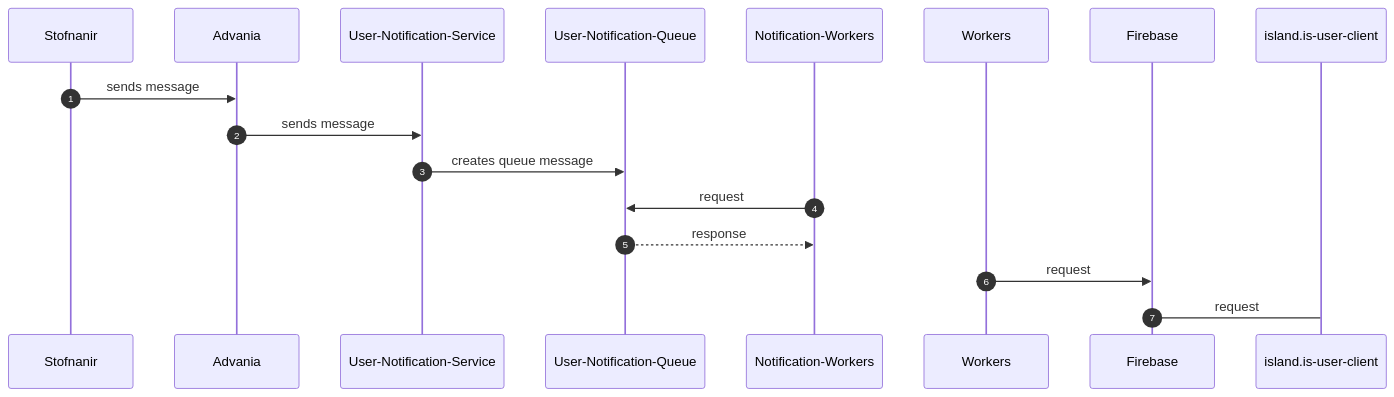
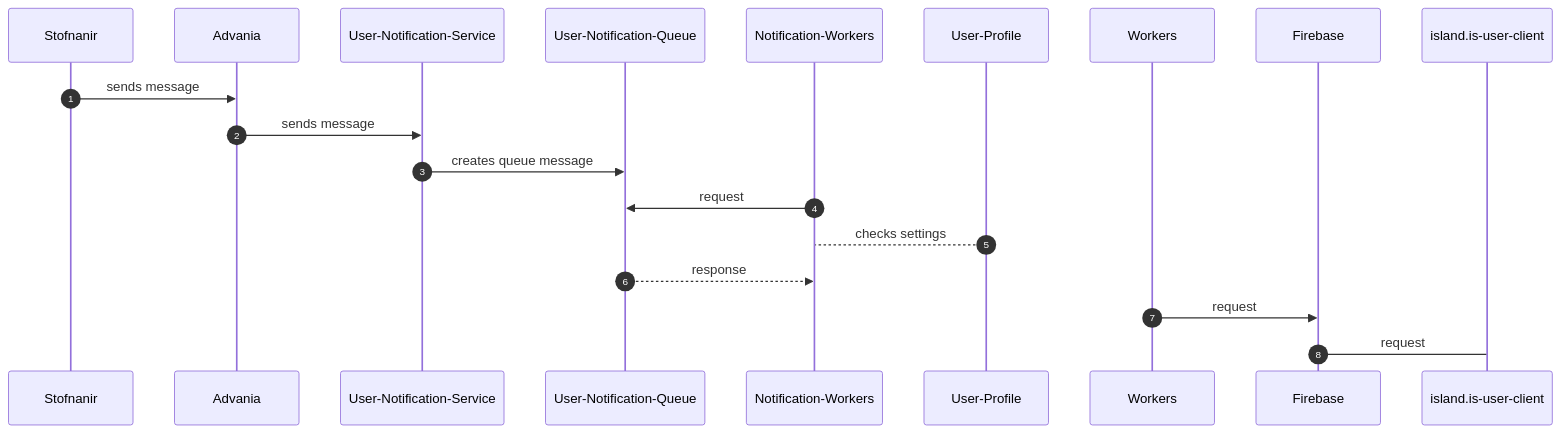
One commit to rafnarnason/bookish-fiesta changed the diagram in hnipp.md. Above: the diagram before and after it, drawn with Mermaid.

````diff
--- a/hnipp.md
+++ b/hnipp.md
@@ -1,14 +1,15 @@
 ```mermaid
 sequenceDiagram
     autonumber
     Stofnanir->>Advania:sends message
     Advania->>User-Notification-Service:sends message
     User-Notification-Service->>User-Notification-Queue:creates queue message
     Notification-Workers->>User-Notification-Queue:request
+    User-Profile-->Notification-Workers:checks settings
     User-Notification-Queue-->>Notification-Workers:response
     Workers->>Firebase:request
     Firebase->island.is-user-client:request
     
     
    
 ```
````
